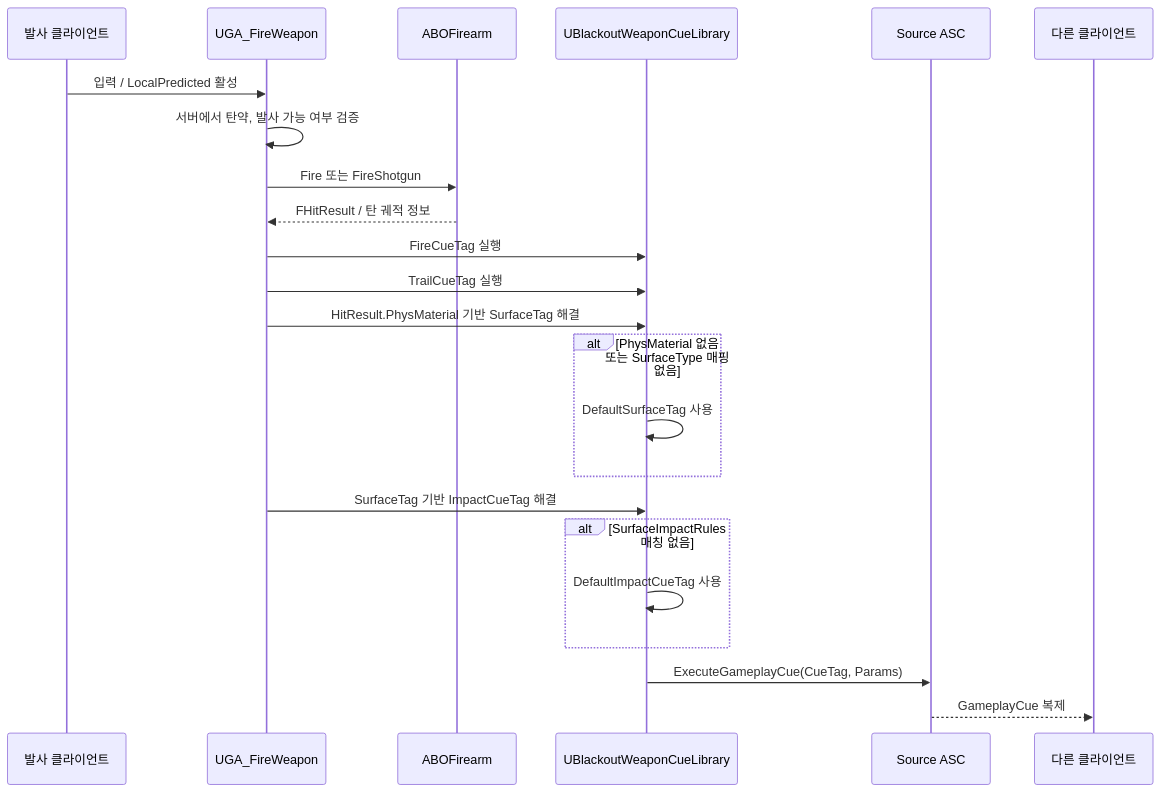
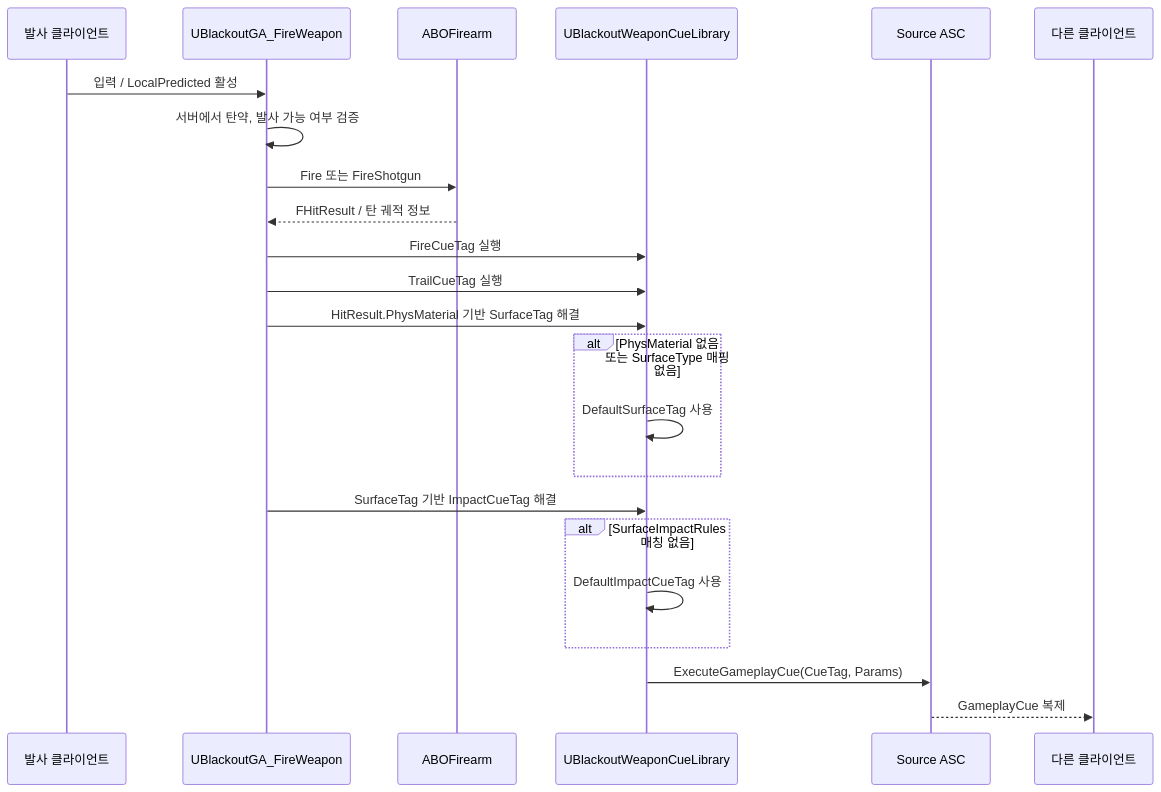
The second of 2 diagrams in Docs/Combat/10_Weapon_GameplayCue_Set.md (seongwon1579/ProjectBlackout), drawn with Mermaid before and after one commit. The commit also changed other lines of this file and 24 other files, not shown here.

Commit message:
Docs: 클래스 다이어그램 최신화

````diff
--- a/Docs/Combat/10_Weapon_GameplayCue_Set.md
+++ b/Docs/Combat/10_Weapon_GameplayCue_Set.md
@@ -159,26 +159,26 @@
 ```mermaid
 sequenceDiagram
     participant Client as 발사 클라이언트
-    participant GA as UGA_FireWeapon
+    participant GA as UBlackoutGA_FireWeapon
     participant Weapon as ABOFirearm
     participant CueLib as UBlackoutWeaponCueLibrary
     participant ASC as Source ASC
     participant Others as 다른 클라이언트
 
     Client->>GA: 입력 / LocalPredicted 활성
     GA->>GA: 서버에서 탄약, 발사 가능 여부 검증
     GA->>Weapon: Fire 또는 FireShotgun
     Weapon-->>GA: FHitResult / 탄 궤적 정보
     GA->>CueLib: FireCueTag 실행
     GA->>CueLib: TrailCueTag 실행
     GA->>CueLib: HitResult.PhysMaterial 기반 SurfaceTag 해결
     alt PhysMaterial 없음 또는 SurfaceType 매핑 없음
         CueLib->>CueLib: DefaultSurfaceTag 사용
     end
     GA->>CueLib: SurfaceTag 기반 ImpactCueTag 해결
     alt SurfaceImpactRules 매칭 없음
         CueLib->>CueLib: DefaultImpactCueTag 사용
     end
     CueLib->>ASC: ExecuteGameplayCue(CueTag, Params)
     ASC-->>Others: GameplayCue 복제
 ```
````
